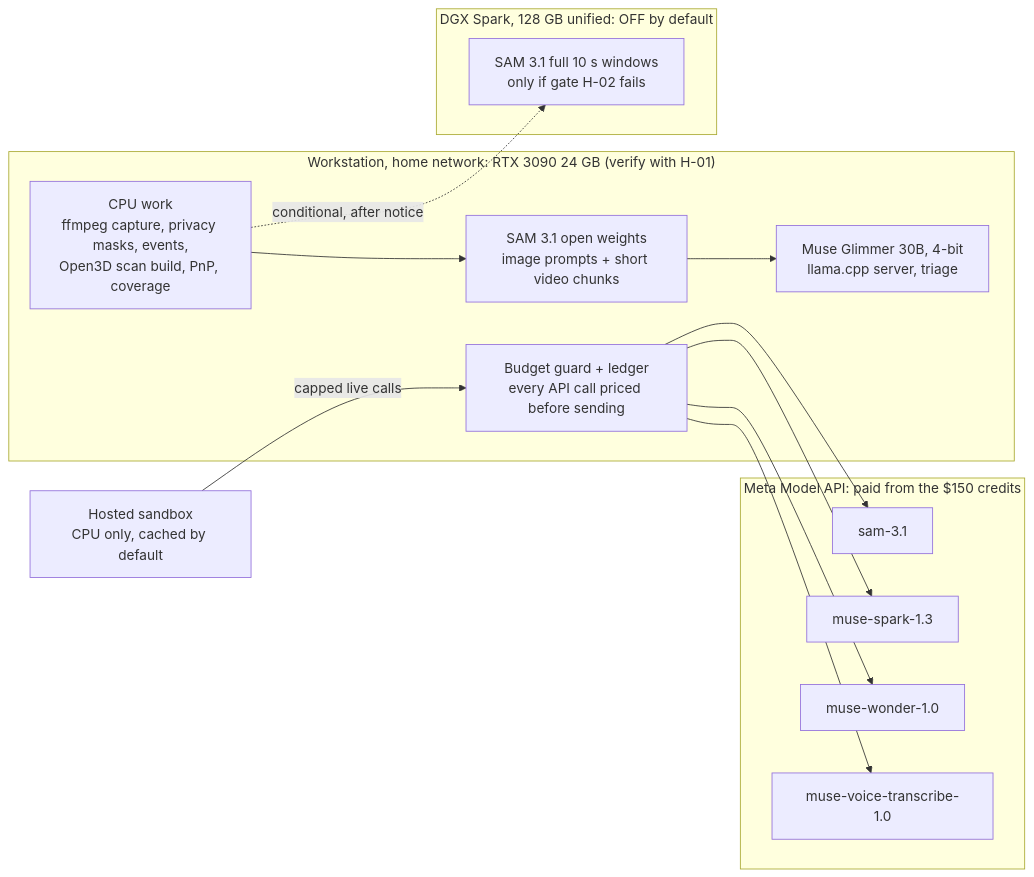
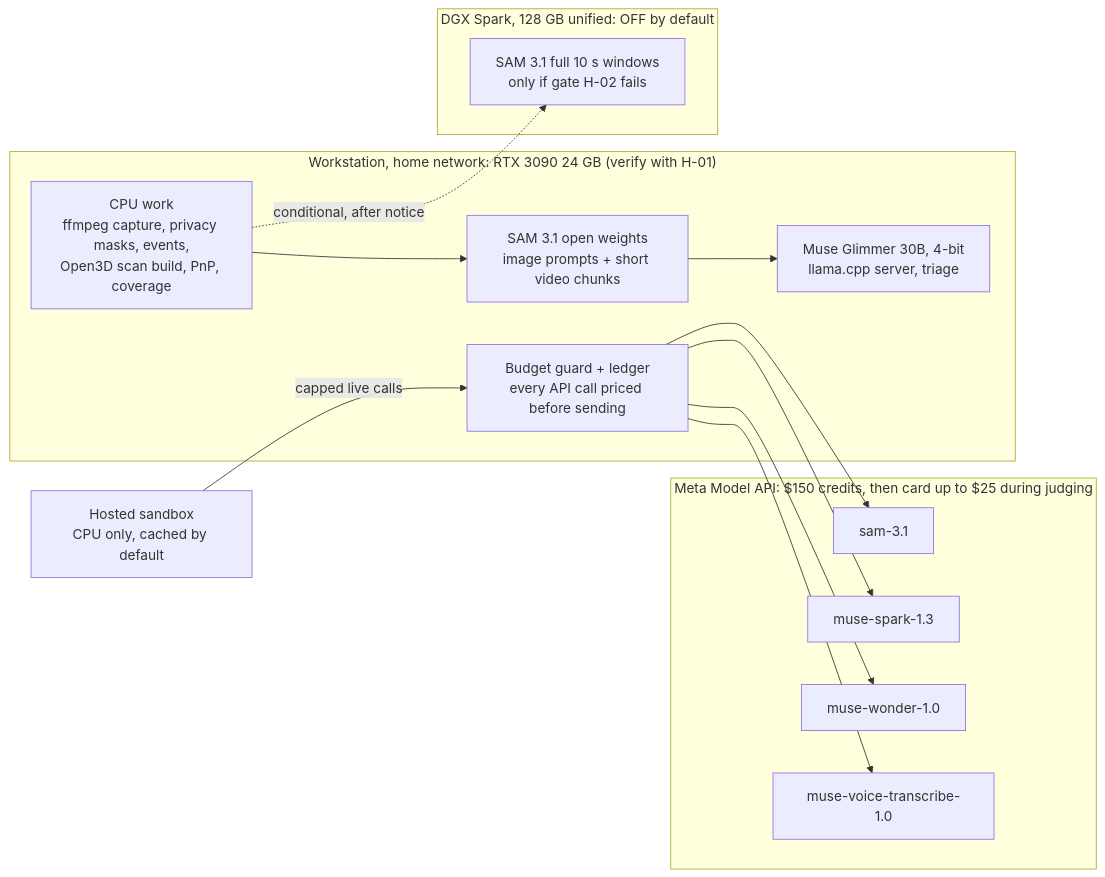
Diagram 14 of 14 in docs/spec/vigil-spec.md (gabrielromerod/meta-global-ai-developer-hackathon-2026), drawn with Mermaid before and after one commit. The commit also changed other lines of this file and 16 other files, not shown here.

````diff
--- a/docs/spec/vigil-spec.md
+++ b/docs/spec/vigil-spec.md
@@ -1193,27 +1331,27 @@
 ```mermaid
 flowchart LR
   subgraph ws["Workstation, home network: RTX 3090 24 GB (verify with H-01)"]
     cpu["CPU work<br/>ffmpeg capture, privacy masks, events,<br/>Open3D scan build, PnP, coverage"]
     samL["SAM 3.1 open weights<br/>image prompts + short video chunks"]
     glim["Muse Glimmer 30B, 4-bit<br/>llama.cpp server, triage"]
     guard["Budget guard + ledger<br/>every API call priced before sending"]
   end
   subgraph dgx["DGX Spark, 128 GB unified: OFF by default"]
     samD["SAM 3.1 full 10 s windows<br/>only if gate H-02 fails"]
   end
-  subgraph metaapi["Meta Model API: paid from the $150 credits"]
+  subgraph metaapi["Meta Model API: $150 credits, then card up to $25 during judging"]
     samA["sam-3.1"]
     spark["muse-spark-1.3"]
     wonder["muse-wonder-1.0"]
     asr["muse-voice-transcribe-1.0"]
   end
   host["Hosted sandbox<br/>CPU only, cached by default"]
   cpu --> samL
   samL --> glim
   cpu -.->|"conditional, after notice"| samD
   guard --> samA
   guard --> spark
   guard --> wonder
   guard --> asr
   host -->|"capped live calls"| guard
 ```
````
